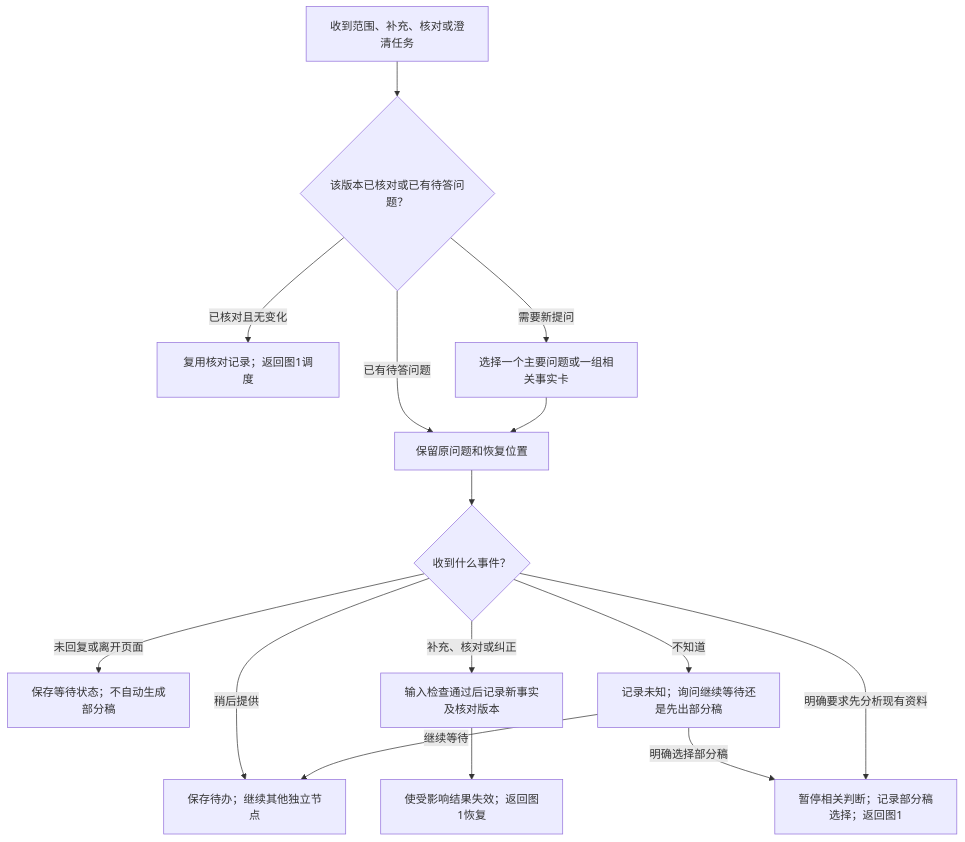
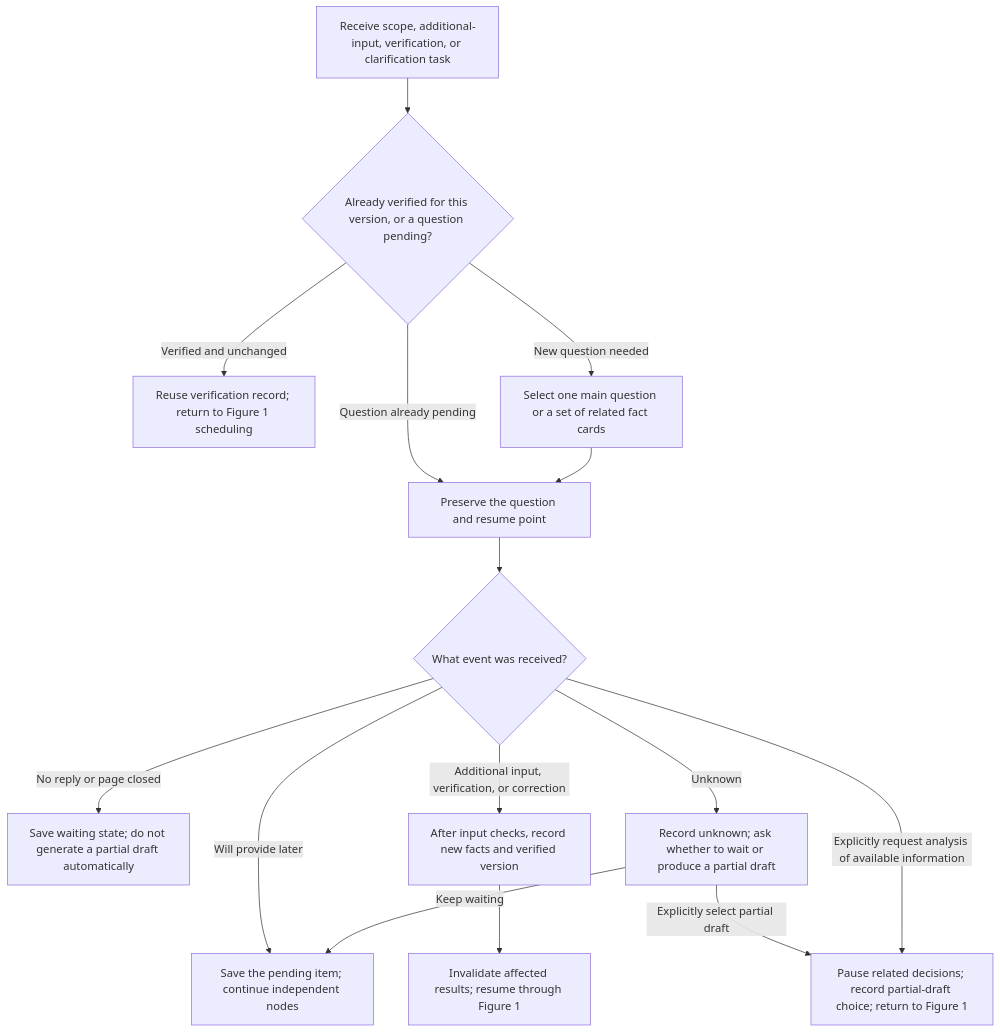
Before and after one commit to 1726621062qqcom-ctrl/Asia-Tax-AI-Agent: the second of 5 diagrams in docs/architecture/AGENT_BUSINESS_WORKFLOW_V0_1.md, drawn with Mermaid. The commit also changed other lines of this file and 59 other files, not shown here.

````diff
--- a/docs/architecture/AGENT_BUSINESS_WORKFLOW_V0_1.md
+++ b/docs/architecture/AGENT_BUSINESS_WORKFLOW_V0_1.md
@@ -72,17 +82,17 @@
 ```mermaid
 flowchart TD
-  A[收到范围、补充、核对或澄清任务] --> B{该版本已核对或已有待答问题？}
-  B -->|已核对且无变化| C[复用核对记录；返回图1调度]
-  B -->|已有待答问题| W[保留原问题和恢复位置]
-  B -->|需要新提问| D[选择一个主要问题或一组相关事实卡]
+  A["Receive scope, additional-input, verification, or clarification task"] --> B{"Already verified for this version, or a question pending?"}
+  B -->|Verified and unchanged| C["Reuse verification record; return to Figure 1 scheduling"]
+  B -->|Question already pending| W["Preserve the question and resume point"]
+  B -->|New question needed| D["Select one main question or a set of related fact cards"]
   D --> W
-  W --> E{收到什么事件？}
-  E -->|未回复或离开页面| F[保存等待状态；不自动生成部分稿]
-  E -->|稍后提供| G[保存待办；继续其他独立节点]
-  E -->|补充、核对或纠正| H[输入检查通过后记录新事实及核对版本]
-  H --> I[使受影响结果失效；返回图1恢复]
-  E -->|不知道| J[记录未知；询问继续等待还是先出部分稿]
-  J -->|继续等待| G
-  J -->|明确选择部分稿| K[暂停相关判断；记录部分稿选择；返回图1]
-  E -->|明确要求先分析现有资料| K
+  W --> E{"What event was received?"}
+  E -->|No reply or page closed| F["Save waiting state; do not generate a partial draft automatically"]
+  E -->|Will provide later| G["Save the pending item; continue independent nodes"]
+  E -->|Additional input, verification, or correction| H["After input checks, record new facts and verified version"]
+  H --> I["Invalidate affected results; resume through Figure 1"]
+  E -->|Unknown| J["Record unknown; ask whether to wait or produce a partial draft"]
+  J -->|Keep waiting| G
+  J -->|Explicitly select partial draft| K["Pause related decisions; record partial-draft choice; return to Figure 1"]
+  E -->|Explicitly request analysis of available information| K
 ```
````
